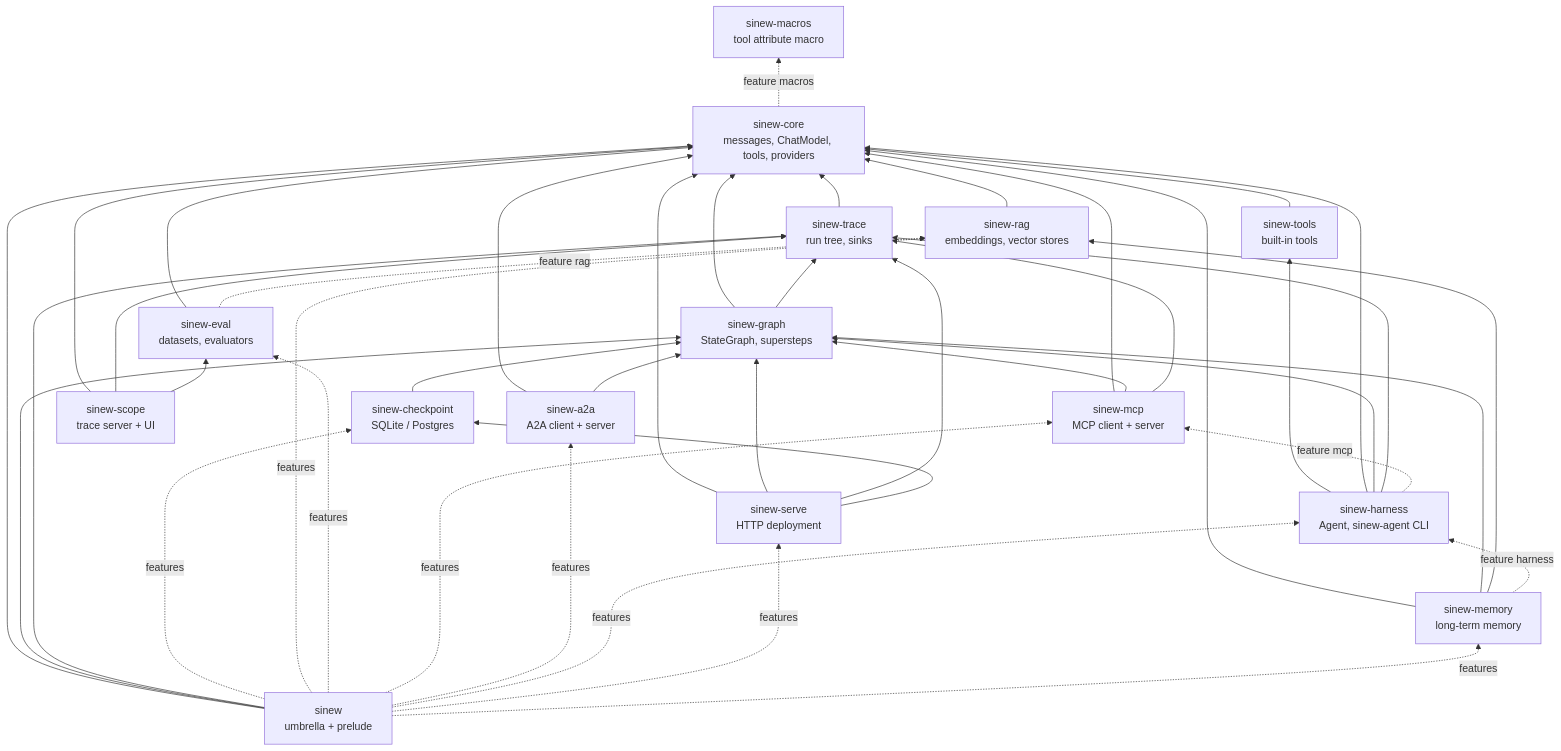
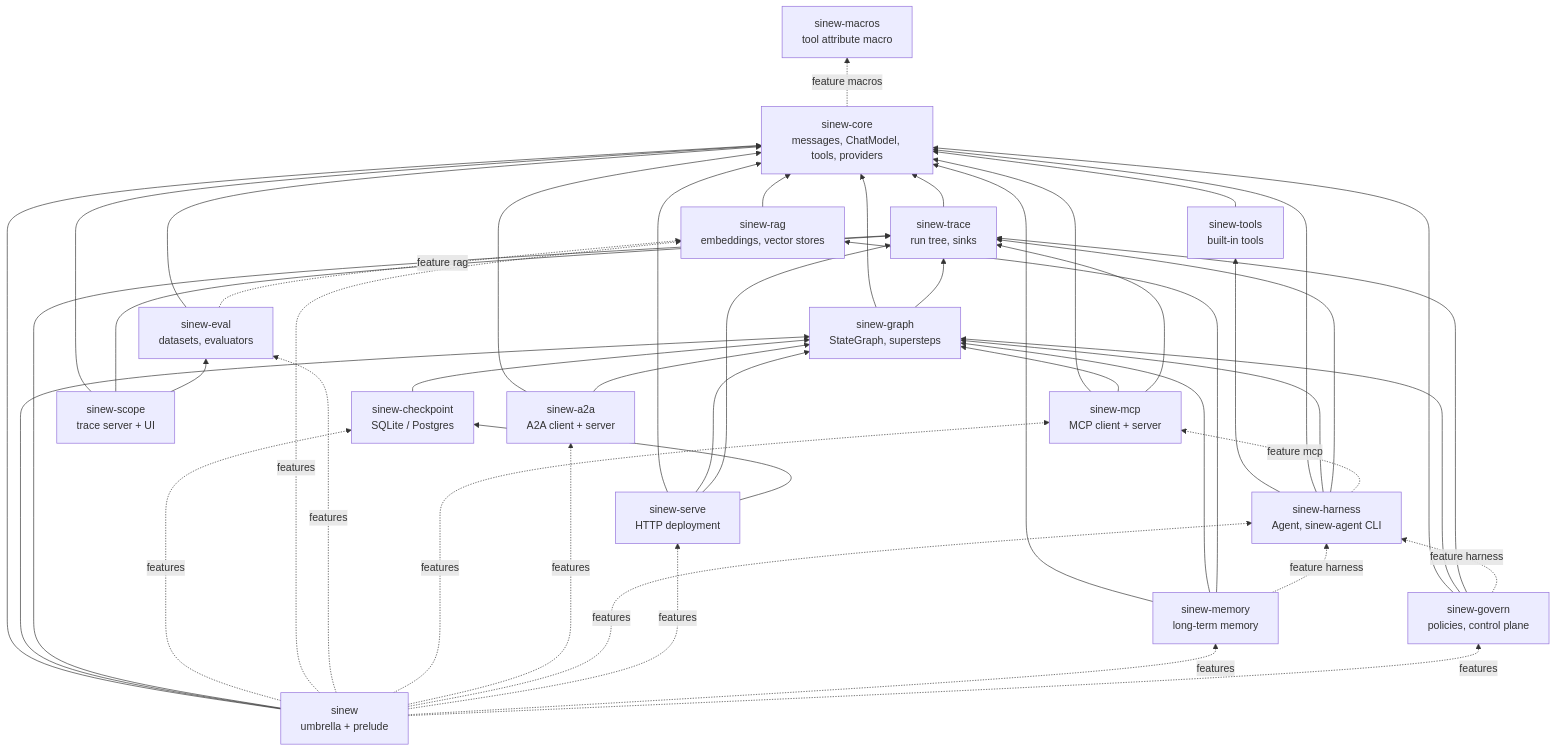
One commit to roanbrasil/sinew changed the first of 2 diagrams in docs/architecture.md. Above: the diagram before and after it, drawn with Mermaid. The commit also changed other lines of this file and 36 other files, not shown here.

First line of the commit message:
sinew-govern: agent control plane and policy engine (#191)

````diff
--- a/docs/architecture.md
+++ b/docs/architecture.md
@@ -14,60 +14,66 @@
 ```mermaid
 flowchart BT
     n_macros["sinew-macros<br/>tool attribute macro"]
     n_core["sinew-core<br/>messages, ChatModel, tools, providers"]
     n_trace["sinew-trace<br/>run tree, sinks"]
     n_graph["sinew-graph<br/>StateGraph, supersteps"]
     n_rag["sinew-rag<br/>embeddings, vector stores"]
     n_eval["sinew-eval<br/>datasets, evaluators"]
     n_checkpoint["sinew-checkpoint<br/>SQLite / Postgres"]
     n_mcp["sinew-mcp<br/>MCP client + server"]
     n_a2a["sinew-a2a<br/>A2A client + server"]
     n_harness["sinew-harness<br/>Agent, sinew-agent CLI"]
     n_serve["sinew-serve<br/>HTTP deployment"]
     n_memory["sinew-memory<br/>long-term memory"]
     n_tools["sinew-tools<br/>built-in tools"]
+    n_govern["sinew-govern<br/>policies, control plane"]
     n_scope["sinew-scope<br/>trace server + UI"]
     n_umbrella["sinew<br/>umbrella + prelude"]
 
     n_core -. feature macros .-> n_macros
     n_trace --> n_core
     n_graph --> n_core
     n_graph --> n_trace
     n_rag --> n_core
     n_eval --> n_core
     n_eval -. feature rag .-> n_rag
     n_checkpoint --> n_graph
     n_tools --> n_core
     n_harness --> n_tools
     n_mcp --> n_core
     n_mcp --> n_graph
     n_mcp --> n_trace
     n_a2a --> n_core
     n_a2a --> n_graph
     n_harness --> n_core
     n_harness --> n_graph
     n_harness --> n_trace
     n_harness -. feature mcp .-> n_mcp
     n_memory --> n_core
     n_memory --> n_graph
     n_memory --> n_rag
     n_memory -. feature harness .-> n_harness
+    n_govern --> n_core
+    n_govern --> n_graph
+    n_govern --> n_trace
+    n_govern -. feature harness .-> n_harness
     n_serve --> n_core
     n_serve --> n_graph
     n_serve --> n_trace
     n_serve --> n_checkpoint
     n_scope --> n_core
     n_scope --> n_trace
     n_scope --> n_eval
     n_umbrella --> n_core
     n_umbrella --> n_graph
     n_umbrella --> n_trace
     n_umbrella -. features .-> n_checkpoint
     n_umbrella -. features .-> n_rag
     n_umbrella -. features .-> n_eval
     n_umbrella -. features .-> n_mcp
     n_umbrella -. features .-> n_a2a
     n_umbrella -. features .-> n_harness
     n_umbrella -. features .-> n_serve
     n_umbrella -. features .-> n_memory
+    n_umbrella -. features .-> n_govern
 ```
````
